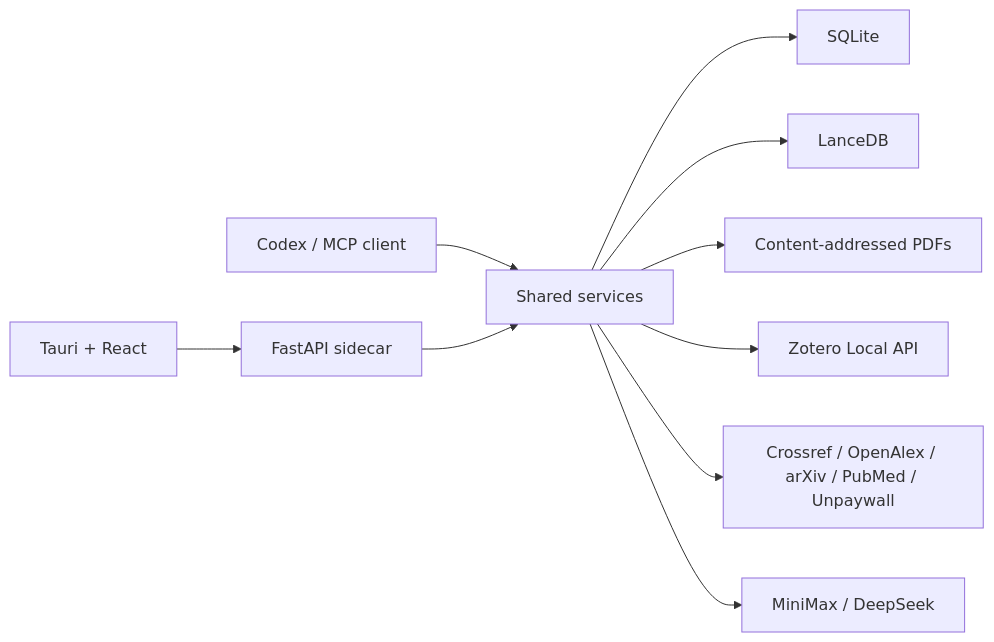
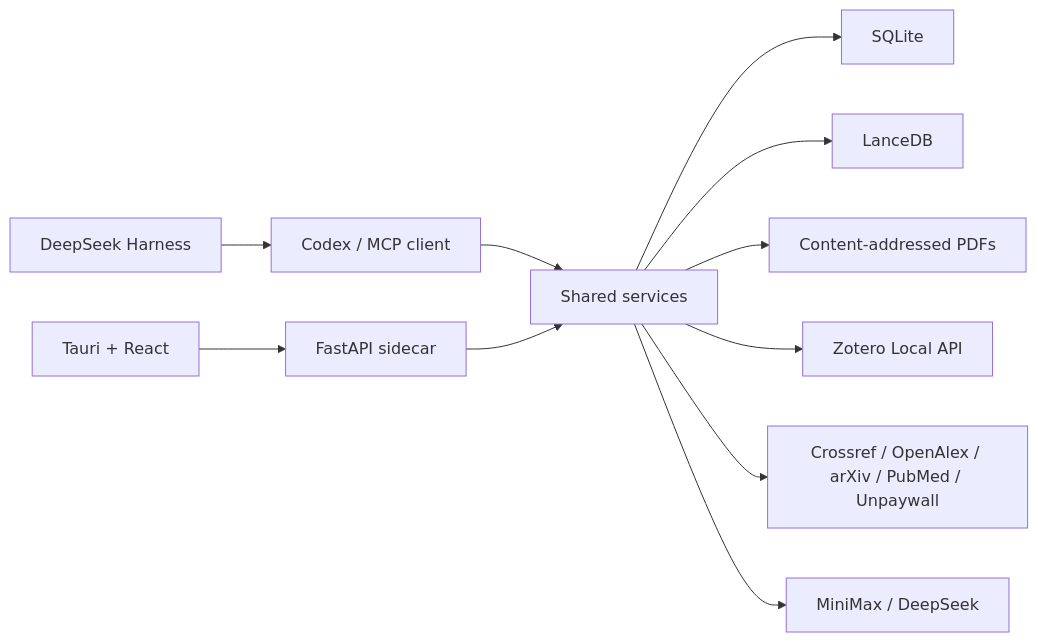
One commit to cacity/ResearchBrain changed the diagram in README.md. Above: the diagram before and after it, drawn with Mermaid. The commit also changed other lines of this file and 20 other files, not shown here.

Commit message:
feat: add DeepSeek Harness research mode

````diff
--- a/README.md
+++ b/README.md
@@ -59,12 +61,13 @@
 ```mermaid
 flowchart LR
   UI["Tauri + React"] --> API["FastAPI sidecar"]
   MCP["Codex / MCP client"] --> CORE["Shared services"]
+  HARNESS["DeepSeek Harness"] --> MCP
   API --> CORE
   CORE --> DB["SQLite"]
   CORE --> IDX["LanceDB"]
   CORE --> OBJ["Content-addressed PDFs"]
   CORE --> ZOT["Zotero Local API"]
   CORE --> NET["Crossref / OpenAlex / arXiv / PubMed / Unpaywall"]
   CORE --> MODELS["MiniMax / DeepSeek"]
 ```
````
